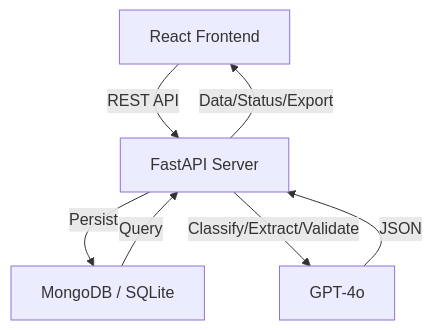
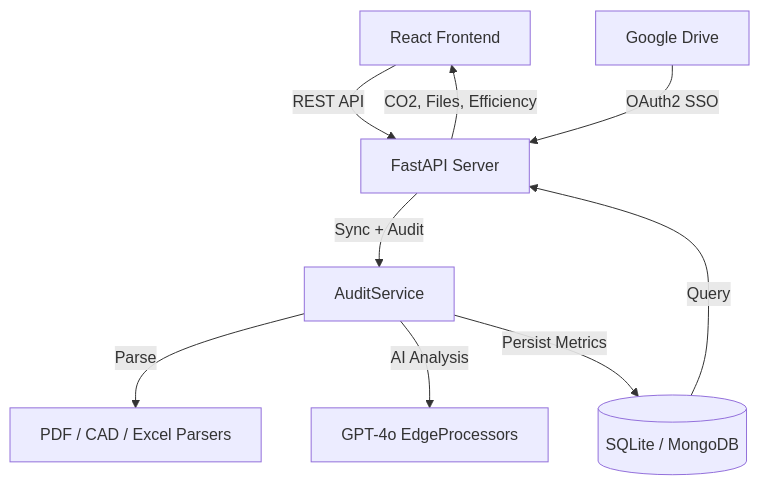
One commit to gproatechnology/GProA_Edge changed the first of 2 diagrams in README.md. Above: the diagram before and after it, drawn with Mermaid. The commit also changed other lines of this file and 15 other files, not shown here.

Commit message:
Update from ps1 to Google Drive Acces

````diff
--- a/README.md
+++ b/README.md
@@ -44,9 +41,11 @@
 ```mermaid
 graph TB
     FE[React Frontend] -->|REST API| API[FastAPI Server]
-    API -->|Persist| DB[MongoDB / SQLite]
-    API -->|Classify/Extract/Validate| LLM[GPT-4o]
-    LLM -->|JSON| API
+    GD[Google Drive] -->|OAuth2 SSO| API
+    API -->|Sync + Audit| AS[AuditService]
+    AS -->|Parse| PA[PDF / CAD / Excel Parsers]
+    AS -->|AI Analysis| LLM[GPT-4o EdgeProcessors]
+    AS -->|Persist Metrics| DB[(SQLite / MongoDB)]
     DB -->|Query| API
-    API -->|Data/Status/Export| FE
+    API -->|CO2, Files, Efficiency| FE
 ```
````
